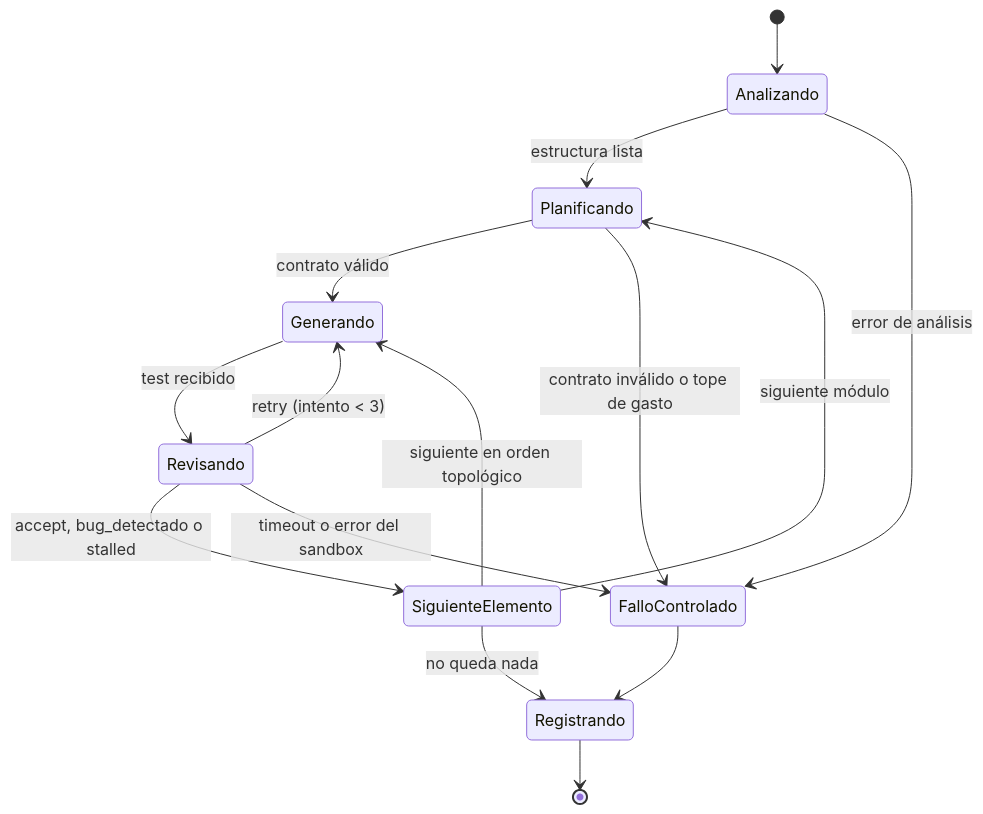
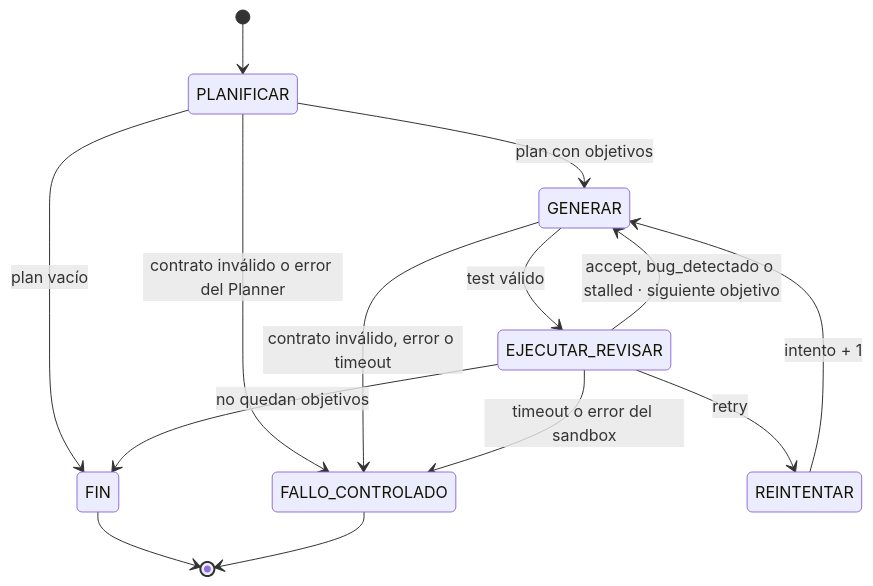
The eighth of 11 diagrams in docs/arquitectura.md (AngelOncoy/QAgent), drawn with Mermaid before and after one commit. The commit also changed other lines of this file, not shown here.

````diff
--- a/docs/arquitectura.md
+++ b/docs/arquitectura.md
@@ -263,17 +452,16 @@
 ```mermaid
 stateDiagram-v2
-    [*] --> Analizando
-    Analizando --> Planificando: estructura lista
-    Analizando --> FalloControlado: error de análisis
-    Planificando --> Generando: contrato válido
-    Planificando --> FalloControlado: contrato inválido o tope de gasto
-    Generando --> Revisando: test recibido
-    Revisando --> Generando: retry (intento < 3)
-    Revisando --> SiguienteElemento: accept, bug_detectado o stalled
-    Revisando --> FalloControlado: timeout o error del sandbox
-    SiguienteElemento --> Generando: siguiente en orden topológico
-    SiguienteElemento --> Planificando: siguiente módulo
-    SiguienteElemento --> Registrando: no queda nada
-    FalloControlado --> Registrando
-    Registrando --> [*]
+    [*] --> PLANIFICAR
+    PLANIFICAR --> GENERAR: plan con objetivos
+    PLANIFICAR --> FIN: plan vacío
+    PLANIFICAR --> FALLO_CONTROLADO: contrato inválido o error del Planner
+    GENERAR --> EJECUTAR_REVISAR: test válido
+    GENERAR --> FALLO_CONTROLADO: contrato inválido, error o timeout
+    EJECUTAR_REVISAR --> REINTENTAR: retry
+    REINTENTAR --> GENERAR: intento + 1
+    EJECUTAR_REVISAR --> GENERAR: accept, bug_detectado o stalled · siguiente objetivo
+    EJECUTAR_REVISAR --> FIN: no quedan objetivos
+    EJECUTAR_REVISAR --> FALLO_CONTROLADO: timeout o error del sandbox
+    FIN --> [*]
+    FALLO_CONTROLADO --> [*]
 ```
````
